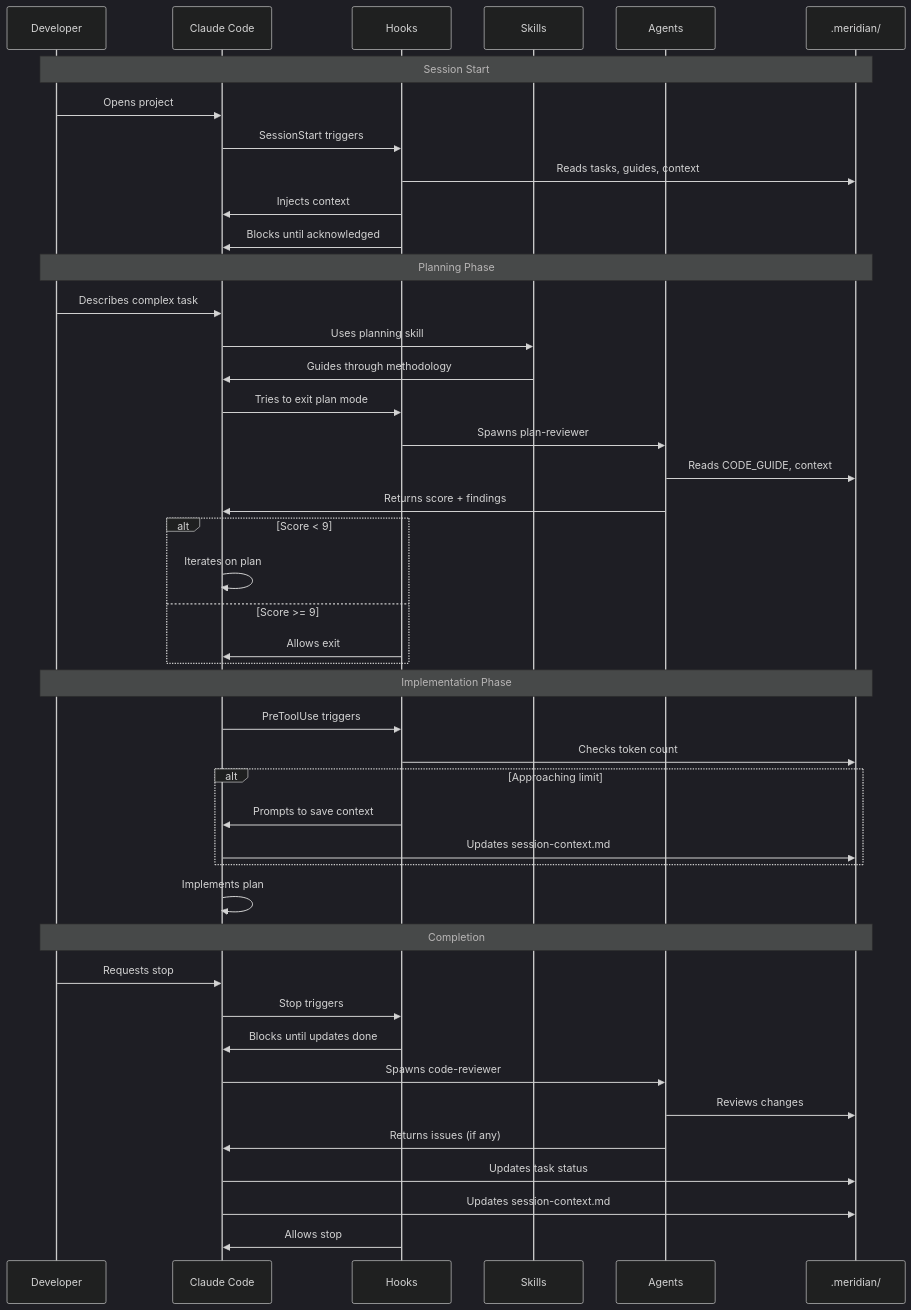
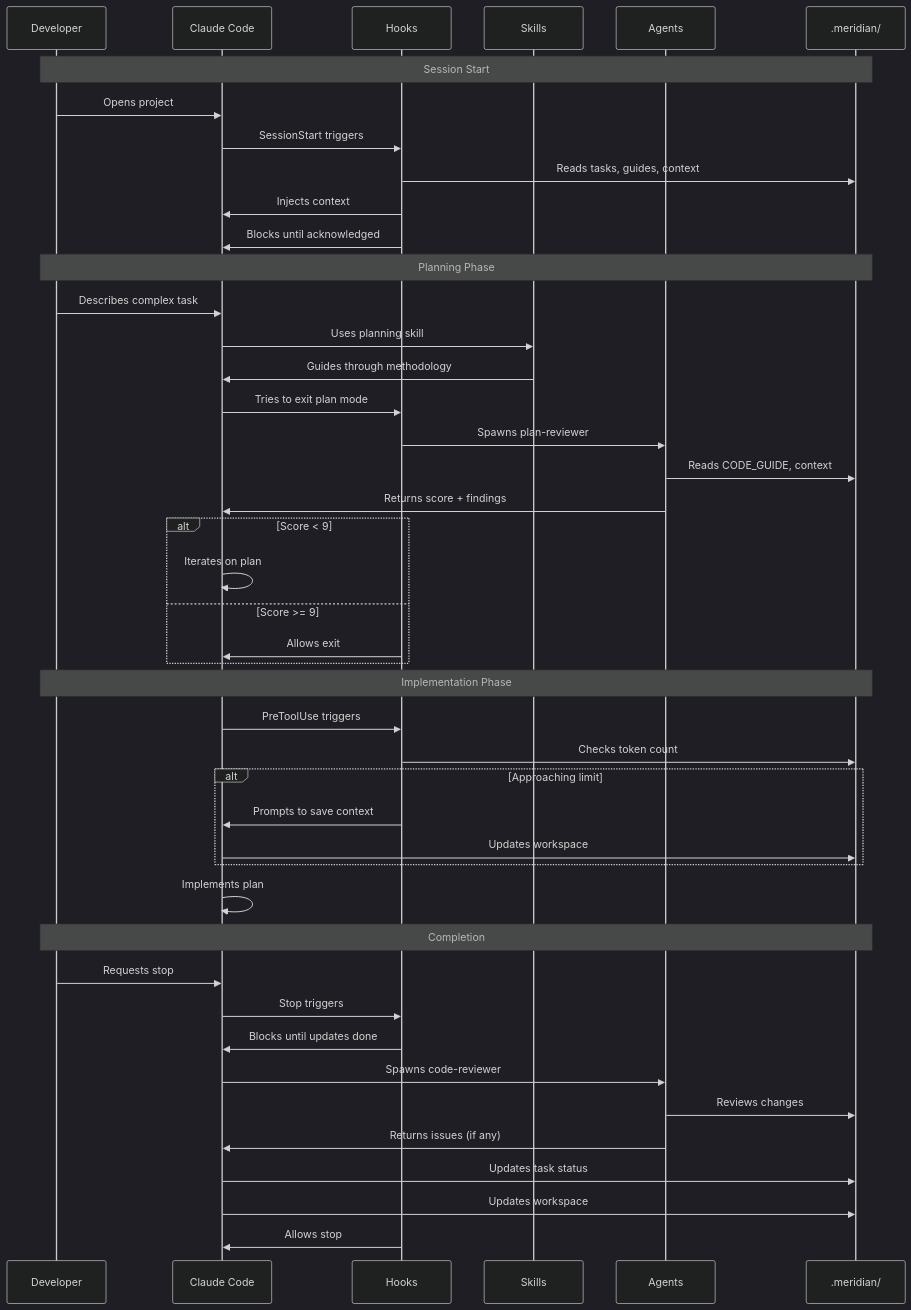
The second of 2 diagrams in README.md (markmdev/meridian), drawn with Mermaid (dark theme) before and after one commit. The commit also changed other lines of this file and 15 other files, not shown here.

First line of the commit message:
feat: replace session-context with workspace system, remove worktree-context

````diff
--- a/README.md
+++ b/README.md
@@ -103,50 +103,50 @@
 ```mermaid
 sequenceDiagram
     participant Dev as Developer
     participant CC as Claude Code
     participant Hook as Hooks
     participant Skill as Skills
     participant Agent as Agents
     participant Files as .meridian/
 
     Note over Dev,Files: Session Start
     Dev->>CC: Opens project
     CC->>Hook: SessionStart triggers
     Hook->>Files: Reads tasks, guides, context
     Hook->>CC: Injects context
     Hook->>CC: Blocks until acknowledged
 
     Note over Dev,Files: Planning Phase
     Dev->>CC: Describes complex task
     CC->>Skill: Uses planning skill
     Skill->>CC: Guides through methodology
     CC->>Hook: Tries to exit plan mode
     Hook->>Agent: Spawns plan-reviewer
     Agent->>Files: Reads CODE_GUIDE, context
     Agent->>CC: Returns score + findings
     alt Score < 9
         CC->>CC: Iterates on plan
     else Score >= 9
         Hook->>CC: Allows exit
     end
 
     Note over Dev,Files: Implementation Phase
     CC->>Hook: PreToolUse triggers
     Hook->>Files: Checks token count
     alt Approaching limit
         Hook->>CC: Prompts to save context
-        CC->>Files: Updates session-context.md
+        CC->>Files: Updates workspace
     end
     CC->>CC: Implements plan
 
     Note over Dev,Files: Completion
     Dev->>CC: Requests stop
     CC->>Hook: Stop triggers
     Hook->>CC: Blocks until updates done
     CC->>Agent: Spawns code-reviewer
     Agent->>Files: Reviews changes
     Agent->>CC: Returns issues (if any)
     CC->>Files: Updates task status
-    CC->>Files: Updates session-context.md
+    CC->>Files: Updates workspace
     Hook->>CC: Allows stop
 ```
````
